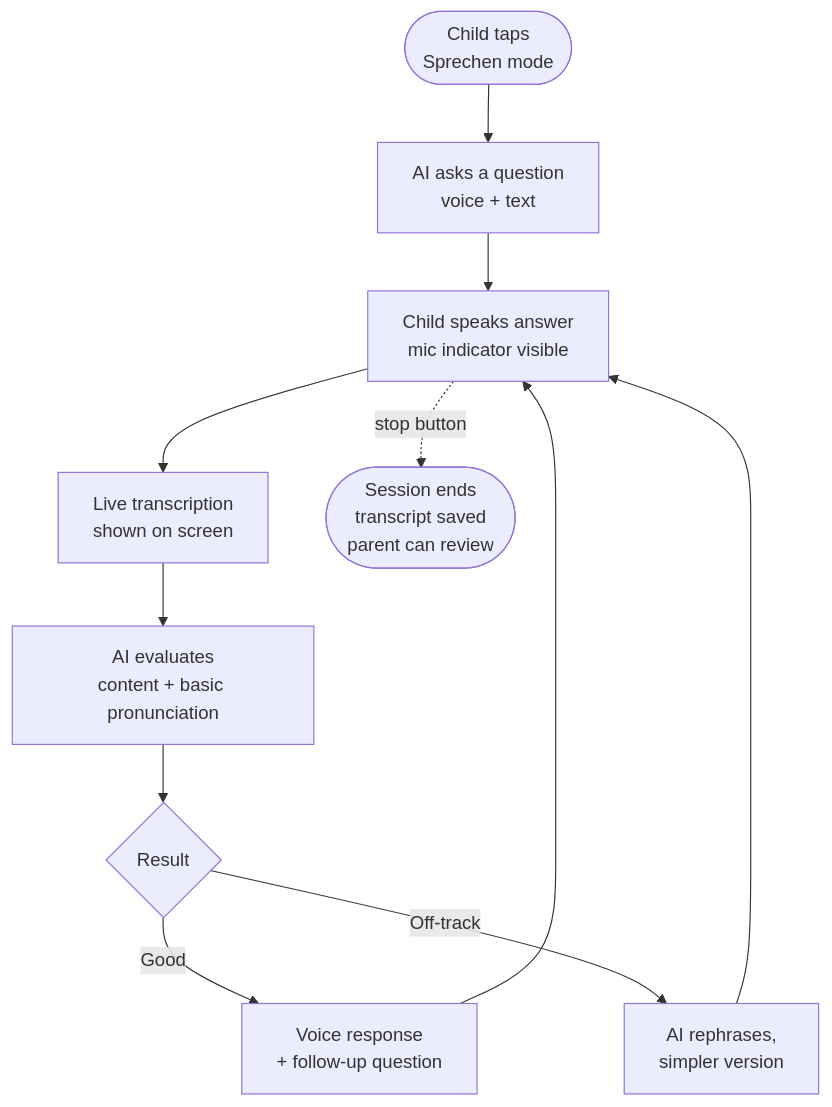
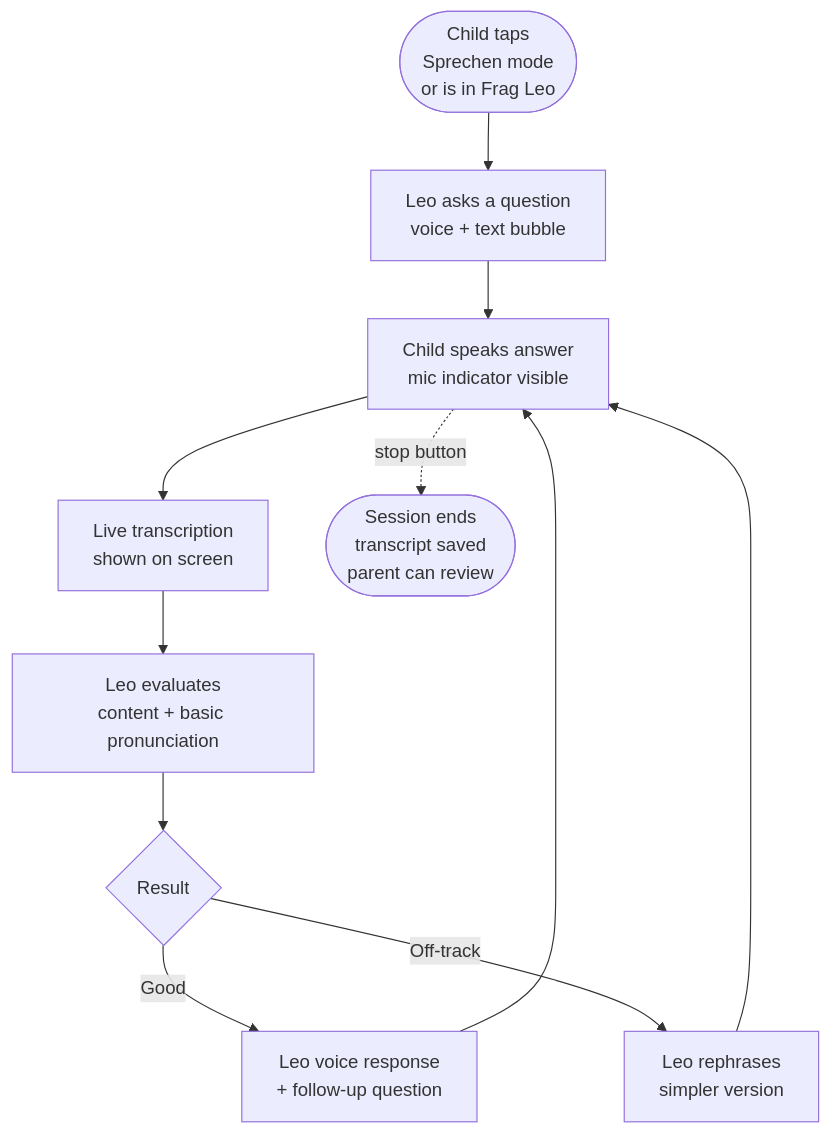
The eighth of 16 diagrams in docs/product/user-flows-and-interaction.md (romank-crisp/gymi-pruf), drawn with Mermaid before and after one commit. The commit also changed other lines of this file and 3 other files, not shown here.

````diff
--- a/docs/product/user-flows-and-interaction.md
+++ b/docs/product/user-flows-and-interaction.md
@@ -241,13 +279,13 @@
 ```mermaid
 flowchart TD
-    Start([Child taps<br/>Sprechen mode]) --> P[AI asks a question<br/>voice + text]
+    Start([Child taps<br/>Sprechen mode<br/>or is in Frag Leo]) --> P[Leo asks a question<br/>voice + text bubble]
     P --> L[Child speaks answer<br/>mic indicator visible]
     L --> T[Live transcription<br/>shown on screen]
-    T --> AI[AI evaluates<br/>content + basic pronunciation]
+    T --> AI[Leo evaluates<br/>content + basic pronunciation]
     AI --> FB{Result}
-    FB -->|Good| Pos[Voice response<br/>+ follow-up question]
-    FB -->|Off-track| Guide[AI rephrases,<br/>simpler version]
+    FB -->|Good| Pos[Leo voice response<br/>+ follow-up question]
+    FB -->|Off-track| Guide[Leo rephrases<br/>simpler version]
     Pos --> L
     Guide --> L
     L -.stop button.-> End([Session ends<br/>transcript saved<br/>parent can review])
 ```
````
